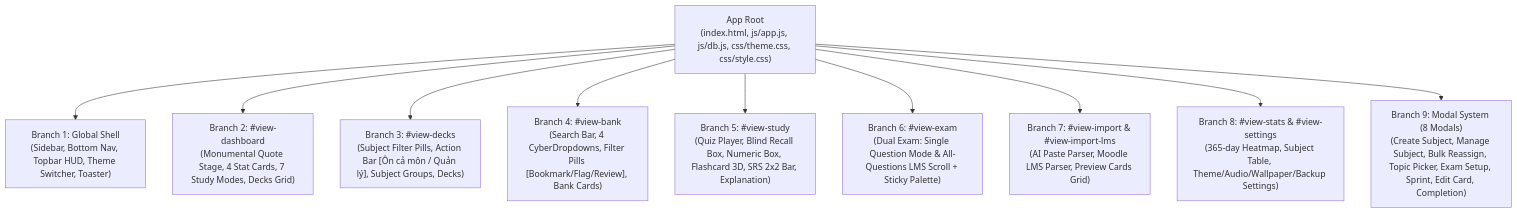
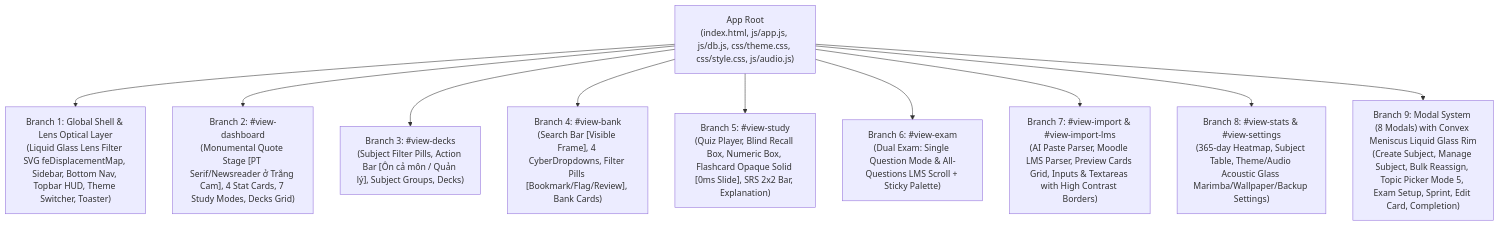
One commit to longcrpuen/tinhminhlaki changed the first of 2 diagrams in docs/ARCHITECTURE_GRAPH.md. Above: the diagram before and after it, drawn with Mermaid. The commit also changed other lines of this file and 11 other files, not shown here.

Commit message:
feat(1i): convex liquid glass lens filter, deduplicated topic mode, opaque flashcards and marimba audio

````diff
--- a/docs/ARCHITECTURE_GRAPH.md
+++ b/docs/ARCHITECTURE_GRAPH.md
@@ -10,14 +10,14 @@
 ```mermaid
 graph TD
-    Root["App Root<br/>(index.html, js/app.js, js/db.js, css/theme.css, css/style.css)"]
+    Root["App Root<br/>(index.html, js/app.js, js/db.js, css/theme.css, css/style.css, js/audio.js)"]
 
-    Root --> B1["Branch 1: Global Shell<br/>(Sidebar, Bottom Nav, Topbar HUD, Theme Switcher, Toaster)"]
-    Root --> B2["Branch 2: #view-dashboard<br/>(Monumental Quote Stage, 4 Stat Cards, 7 Study Modes, Decks Grid)"]
+    Root --> B1["Branch 1: Global Shell & Lens Optical Layer<br/>(Liquid Glass Lens Filter SVG feDisplacementMap, Sidebar, Bottom Nav, Topbar HUD, Theme Switcher, Toaster)"]
+    Root --> B2["Branch 2: #view-dashboard<br/>(Monumental Quote Stage [PT Serif/Newsreader ở Trắng Cam], 4 Stat Cards, 7 Study Modes, Decks Grid)"]
     Root --> B3["Branch 3: #view-decks<br/>(Subject Filter Pills, Action Bar [Ôn cả môn / Quản lý], Subject Groups, Decks)"]
-    Root --> B4["Branch 4: #view-bank<br/>(Search Bar, 4 CyberDropdowns, Filter Pills [Bookmark/Flag/Review], Bank Cards)"]
-    Root --> B5["Branch 5: #view-study<br/>(Quiz Player, Blind Recall Box, Numeric Box, Flashcard 3D, SRS 2x2 Bar, Explanation)"]
+    Root --> B4["Branch 4: #view-bank<br/>(Search Bar [Visible Frame], 4 CyberDropdowns, Filter Pills [Bookmark/Flag/Review], Bank Cards)"]
+    Root --> B5["Branch 5: #view-study<br/>(Quiz Player, Blind Recall Box, Numeric Box, Flashcard Opaque Solid [0ms Slide], SRS 2x2 Bar, Explanation)"]
     Root --> B6["Branch 6: #view-exam<br/>(Dual Exam: Single Question Mode & All-Questions LMS Scroll + Sticky Palette)"]
-    Root --> B7["Branch 7: #view-import & #view-import-lms<br/>(AI Paste Parser, Moodle LMS Parser, Preview Cards Grid)"]
-    Root --> B8["Branch 8: #view-stats & #view-settings<br/>(365-day Heatmap, Subject Table, Theme/Audio/Wallpaper/Backup Settings)"]
-    Root --> B9["Branch 9: Modal System (8 Modals)<br/>(Create Subject, Manage Subject, Bulk Reassign, Topic Picker, Exam Setup, Sprint, Edit Card, Completion)"]
+    Root --> B7["Branch 7: #view-import & #view-import-lms<br/>(AI Paste Parser, Moodle LMS Parser, Preview Cards Grid, Inputs & Textareas with High Contrast Borders)"]
+    Root --> B8["Branch 8: #view-stats & #view-settings<br/>(365-day Heatmap, Subject Table, Theme/Audio Acoustic Glass Marimba/Wallpaper/Backup Settings)"]
+    Root --> B9["Branch 9: Modal System (8 Modals) with Convex Meniscus Liquid Glass Rim<br/>(Create Subject, Manage Subject, Bulk Reassign, Topic Picker Mode 5, Exam Setup, Sprint, Edit Card, Completion)"]
 ```
````
